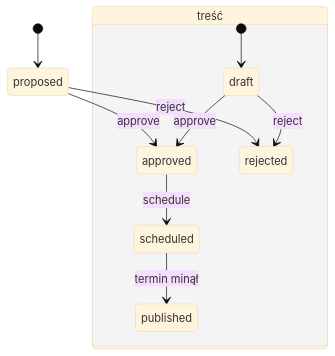
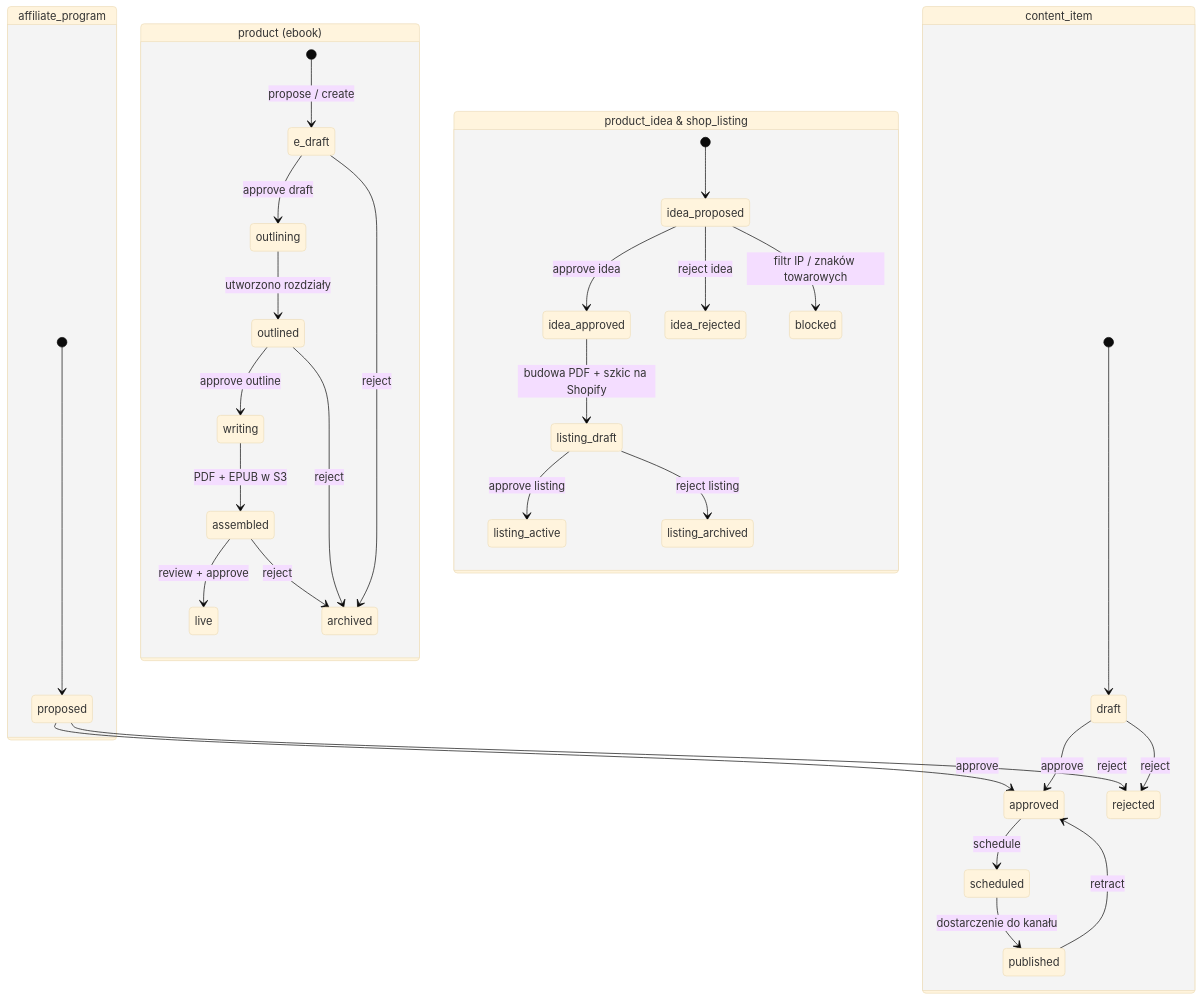
One commit to ovezthaking/Autonomous-AI-Revenue-System changed the seventh of 8 diagrams in README.md. Above: the diagram before and after it, drawn with Mermaid (base theme). The commit also changed other lines of this file, not shown here.

Commit message:
Update readme with shopify digital store and trend discovery

````diff
--- a/README.md
+++ b/README.md
@@ -311,14 +485,39 @@
 ```mermaid
 stateDiagram-v2
-  [*] --> proposed
-  proposed --> approved: approve
-  proposed --> rejected: reject
+  state "affiliate_program" as prog {
+    [*] --> proposed
+    proposed --> approved: approve
+    proposed --> rejected: reject
+  }
 
-  state "treść" as content {
+  state "content_item" as content {
     [*] --> draft
     draft --> approved: approve
     draft --> rejected: reject
     approved --> scheduled: schedule
-    scheduled --> published: termin minął
+    scheduled --> published: dostarczenie do kanału
+    published --> approved: retract
+  }
+
+  state "product (ebook)" as ebook {
+    [*] --> e_draft: propose / create
+    e_draft --> outlining: approve draft
+    outlining --> outlined: utworzono rozdziały
+    outlined --> writing: approve outline
+    writing --> assembled: PDF + EPUB w S3
+    assembled --> live: review + approve
+    e_draft --> archived: reject
+    outlined --> archived: reject
+    assembled --> archived: reject
+  }
+
+  state "product_idea & shop_listing" as shop {
+    [*] --> idea_proposed
+    idea_proposed --> idea_approved: approve idea
+    idea_proposed --> idea_rejected: reject idea
+    idea_proposed --> blocked: filtr IP / znaków towarowych
+    idea_approved --> listing_draft: budowa PDF + szkic na Shopify
+    listing_draft --> listing_active: approve listing
+    listing_draft --> listing_archived: reject listing
   }
 ```
````
